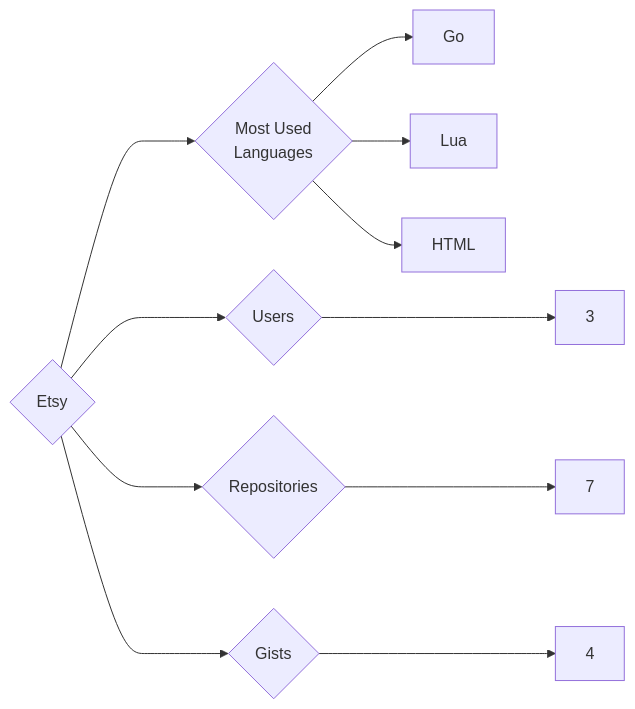
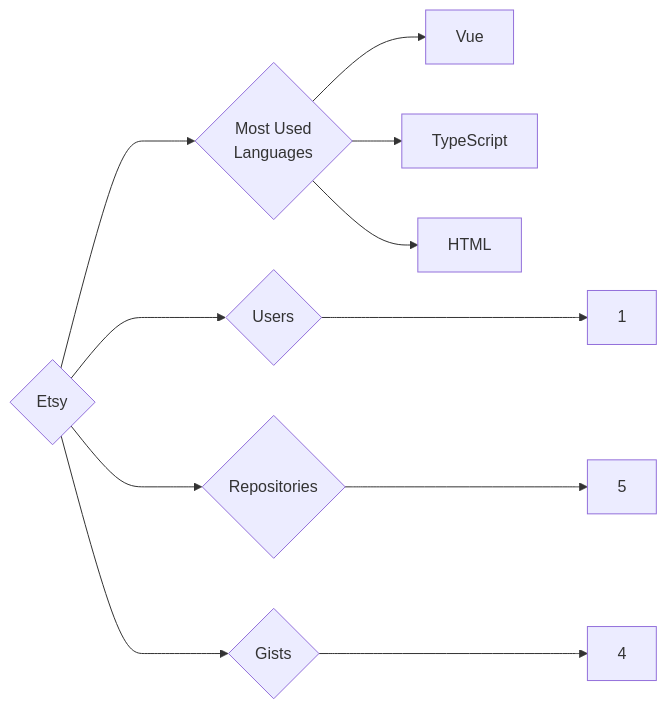
Before and after one commit to trickest/insiders: the diagram in targets/Etsy/README.md, drawn with Mermaid. The commit also changed 857 other files, not shown here.

````diff
--- a/targets/Etsy/README.md
+++ b/targets/Etsy/README.md
@@ -3,11 +3,11 @@
 ```mermaid
 graph LR
 COMPANY_NAME{Etsy}
-COMPANY_NAME ---> U{Users} ---> UN[3]
-COMPANY_NAME ---> R{Repositories} ---> RN[7]
+COMPANY_NAME ---> U{Users} ---> UN[1]
+COMPANY_NAME ---> R{Repositories} ---> RN[5]
 COMPANY_NAME ---> G{Gists} ---> GN[4]
 COMPANY_NAME ---> ML{Most Used<br>Languages}
-ML --> Go[Go]
-ML --> Lua[Lua]
+ML --> Vue[Vue]
+ML --> TypeScript[TypeScript]
 ML --> HTML[HTML]
 ```
````
